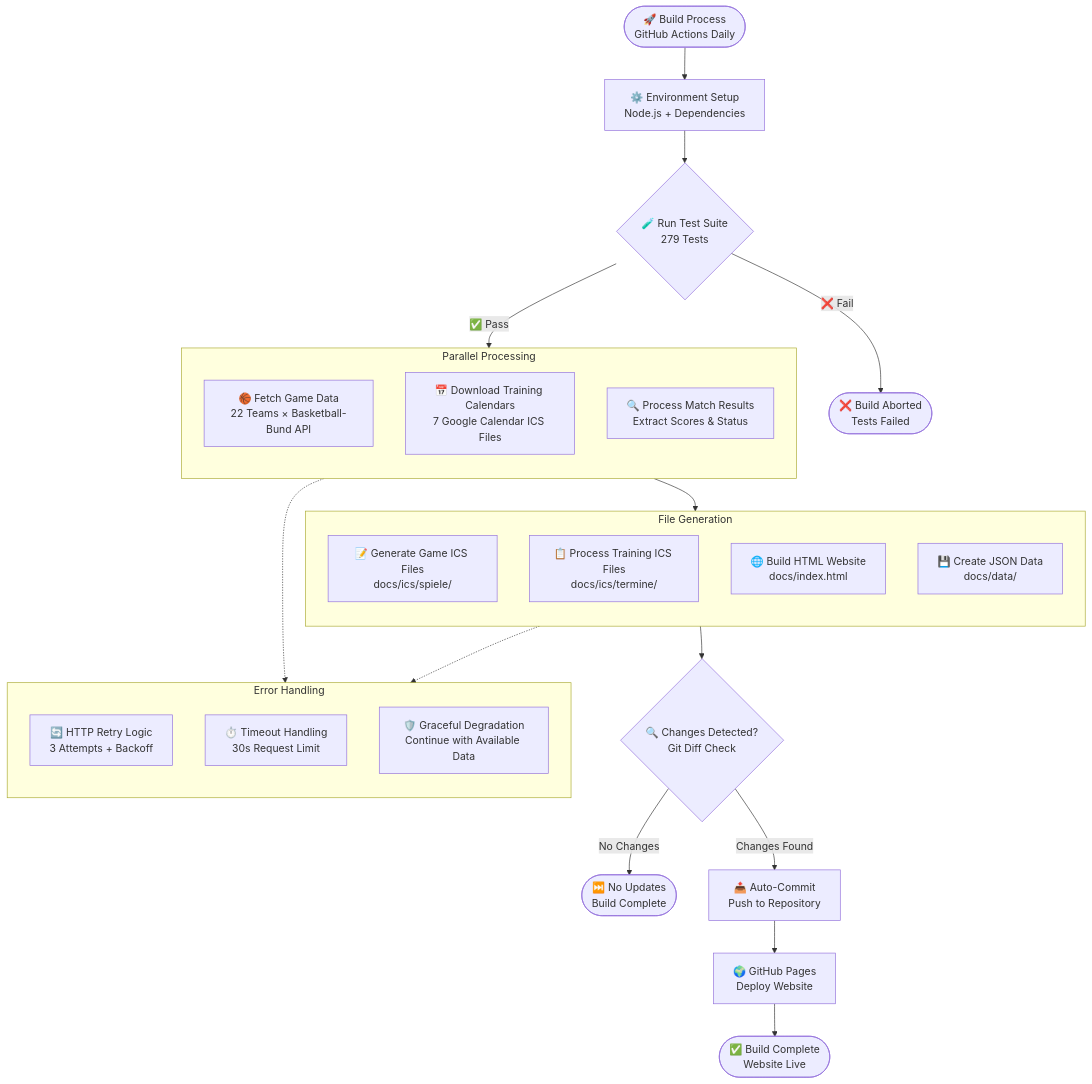
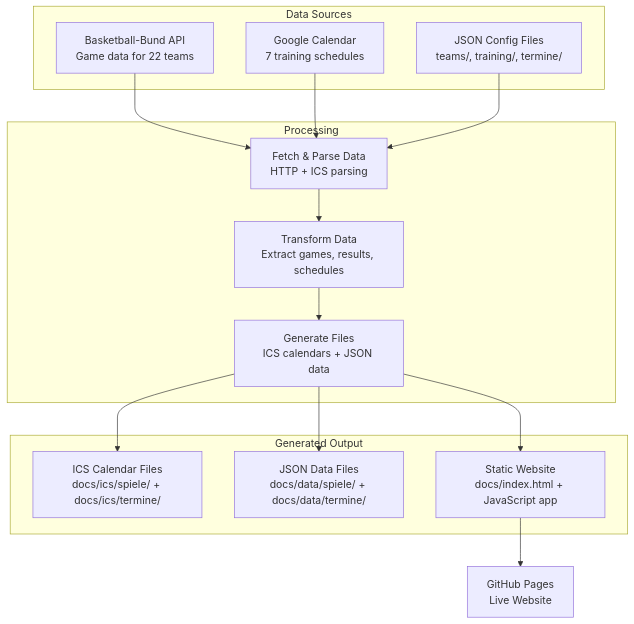
One commit to pkcpkc/bc-lions-moabit changed the diagram in README.md. Above: the diagram before and after it, drawn with Mermaid. The commit also changed other lines of this file and 17 other files, not shown here.

````diff
--- a/README.md
+++ b/README.md
@@ -16,42 +7,33 @@
 ```mermaid
-flowchart TD
-    START([🚀 Build Process<br/>GitHub Actions Daily]) --> SETUP[⚙️ Environment Setup<br/>Node.js + Dependencies]
-    
-    SETUP --> TESTS{🧪 Run Test Suite<br/>279 Tests}
-    TESTS -->|❌ Fail| ABORT([❌ Build Aborted<br/>Tests Failed])
-    TESTS -->|✅ Pass| PARALLEL[📊 Data Collection Phase]
-    
-    subgraph PARALLEL [Parallel Processing]
-        direction TB
-        P1[🏀 Fetch Game Data<br/>22 Teams × Basketball-Bund API]
-        P2[📅 Download Training Calendars<br/>7 Google Calendar ICS Files]
-        P3[🔍 Process Match Results<br/>Extract Scores & Status]
+flowchart TB
+    subgraph INPUT [Data Sources]
+        API[Basketball-Bund API<br/>Game data for 22 teams]
+        GCL[Google Calendar<br/>7 training schedules]
+        CFG[JSON Config Files<br/>teams/, training/, termine/]
     end
     
-    PARALLEL --> TRANSFORM[🔄 Data Transformation]
-    
-    subgraph TRANSFORM [File Generation]
-        direction TB
-        T1[📝 Generate Game ICS Files<br/>docs/ics/spiele/]
-        T2[📋 Process Training ICS Files<br/>docs/ics/termine/]
-        T3[🌐 Build HTML Website<br/>docs/index.html]
-        T4[💾 Create JSON Data<br/>docs/data/]
+    subgraph TRANSFORM [Processing]
+        FETCH[Fetch & Parse Data<br/>HTTP + ICS parsing]
+        PROC[Transform Data<br/>Extract games, results, schedules]
+        GEN[Generate Files<br/>ICS calendars + JSON data]
     end
     
-    TRANSFORM --> VALIDATE{🔍 Changes Detected?<br/>Git Diff Check}
-    VALIDATE -->|No Changes| SKIP([⏭️ No Updates<br/>Build Complete])
-    VALIDATE -->|Changes Found| COMMIT[📤 Auto-Commit<br/>Push to Repository]
-    
-    COMMIT --> DEPLOY[🌍 GitHub Pages<br/>Deploy Website]
-    DEPLOY --> SUCCESS([✅ Build Complete<br/>Website Live])
-    
-    subgraph ERROR [Error Handling]
-        direction TB
-        E1[🔄 HTTP Retry Logic<br/>3 Attempts + Backoff]
-        E2[⏱️ Timeout Handling<br/>30s Request Limit]
-        E3[🛡️ Graceful Degradation<br/>Continue with Available Data]
+    subgraph OUTPUT [Generated Output]
+        ICS[ICS Calendar Files<br/>docs/ics/spiele/ + docs/ics/termine/]
+        JSON[JSON Data Files<br/>docs/data/spiele/ + docs/data/termine/]
+        HTML[Static Website<br/>docs/index.html + JavaScript app]
     end
     
-    PARALLEL -.-> ERROR
-    TRANSFORM -.-> ERROR
+    API --> FETCH
+    GCL --> FETCH
+    CFG --> FETCH
+    
+    FETCH --> PROC
+    PROC --> GEN
+    
+    GEN --> ICS
+    GEN --> JSON
+    GEN --> HTML
+    
+    HTML --> DEPLOY[GitHub Pages<br/>Live Website]
 ```
````
